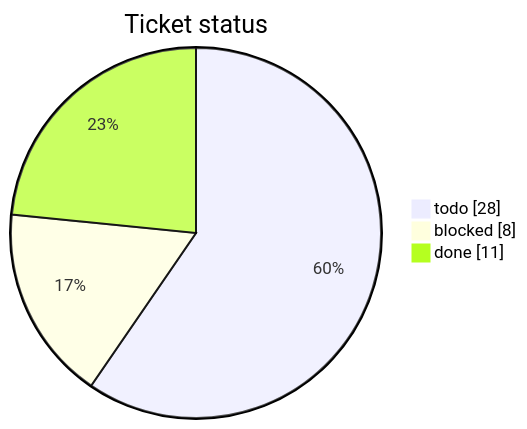
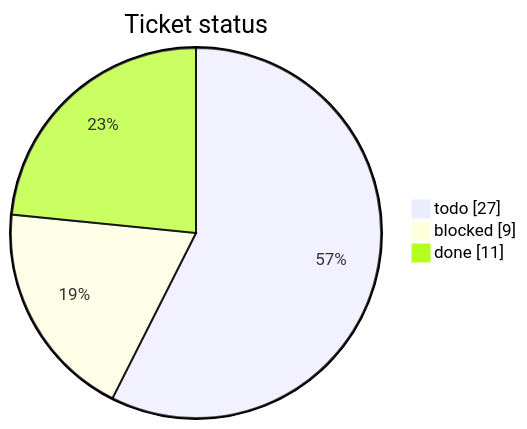
The first of 3 diagrams in tickets/TICKETS.md (mohamed-soubhi/bootlab-esp), drawn with Mermaid before and after one commit. The commit also changed other lines of this file and 10 other files, not shown here.

````diff
--- a/tickets/TICKETS.md
+++ b/tickets/TICKETS.md
@@ -10,6 +10,6 @@
 ```mermaid
 pie showData title Ticket status
-    "todo" : 28
-    "blocked" : 8
+    "todo" : 27
+    "blocked" : 9
     "done" : 11
 ```
````
